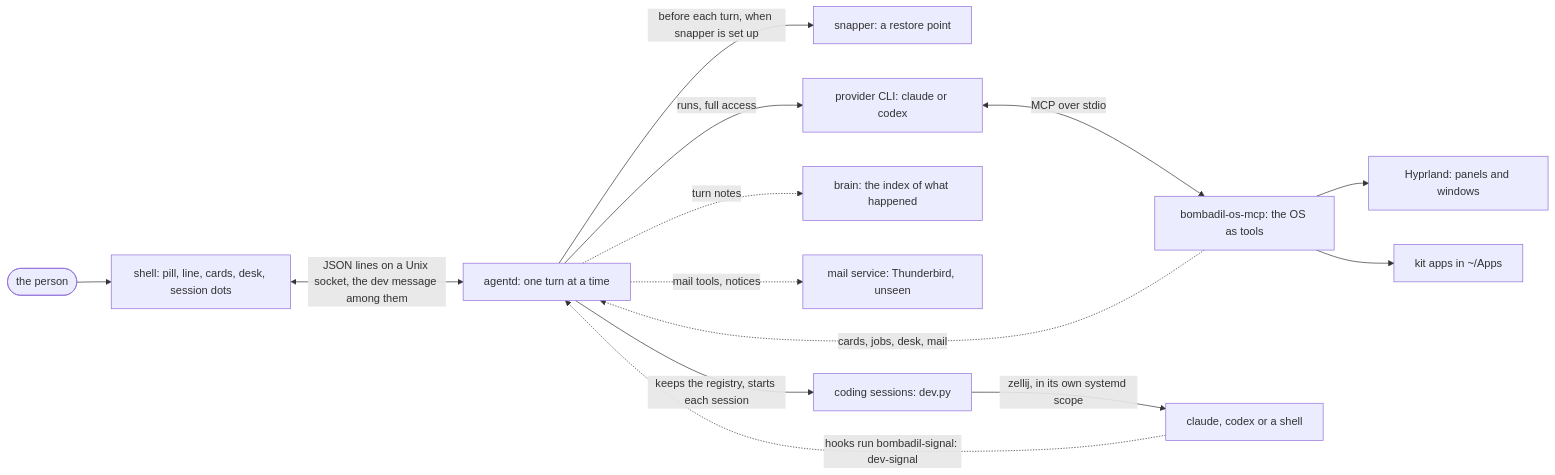
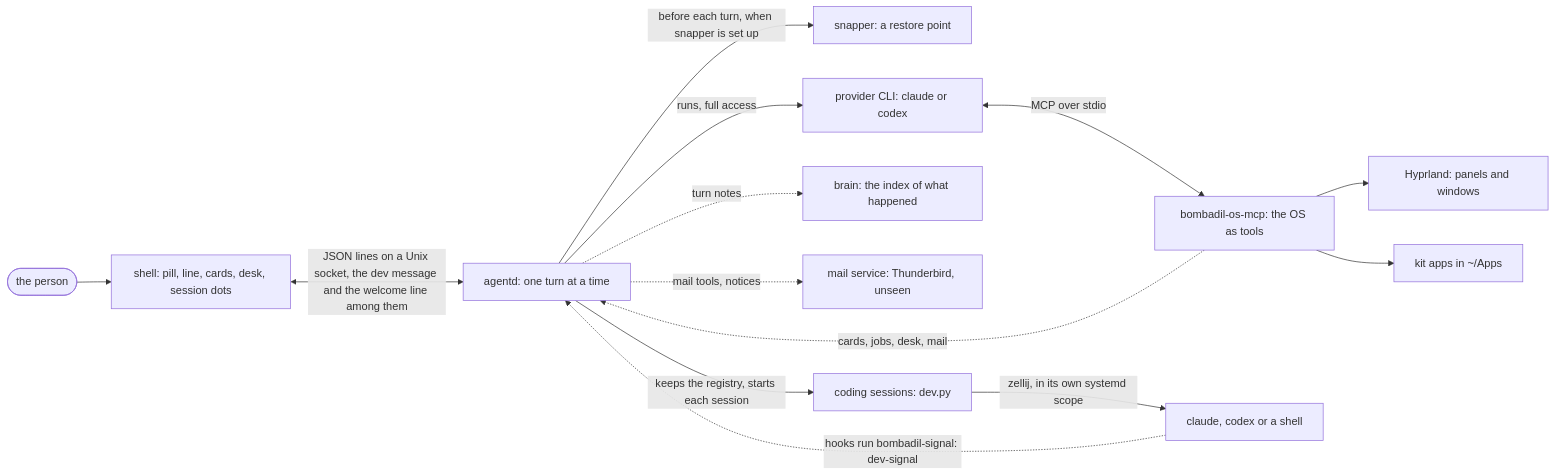
The first of 2 diagrams in docs/ARCHITECTURE.md (thedefaultman/Bombadil), drawn with Mermaid before and after one commit. The commit also changed other lines of this file and 30 other files, not shown here.

````diff
--- a/docs/ARCHITECTURE.md
+++ b/docs/ARCHITECTURE.md
@@ -12,16 +12,16 @@
 ```mermaid
 flowchart LR
     person(["the person"]) --> shell["shell: pill, line, cards, desk, session dots"]
-    shell <-->|"JSON lines on a Unix socket, the dev message among them"| agentd["agentd: one turn at a time"]
+    shell <-->|"JSON lines on a Unix socket, the dev message and the welcome line among them"| agentd["agentd: one turn at a time"]
     agentd -->|"before each turn, when snapper is set up"| snap["snapper: a restore point"]
     agentd -->|"runs, full access"| cli["provider CLI: claude or codex"]
     cli <-->|"MCP over stdio"| mcp["bombadil-os-mcp: the OS as tools"]
     mcp --> hypr["Hyprland: panels and windows"]
     mcp --> apps["kit apps in ~/Apps"]
     mcp -.->|"cards, jobs, desk, mail"| agentd
     agentd -.->|"turn notes"| brain["brain: the index of what happened"]
     agentd -.->|"mail tools, notices"| mail["mail service: Thunderbird, unseen"]
     agentd -->|"keeps the registry, starts each session"| dev["coding sessions: dev.py"]
     dev -->|"zellij, in its own systemd scope"| tools["claude, codex or a shell"]
     tools -.->|"hooks run bombadil-signal: dev-signal"| agentd
 ```
````
